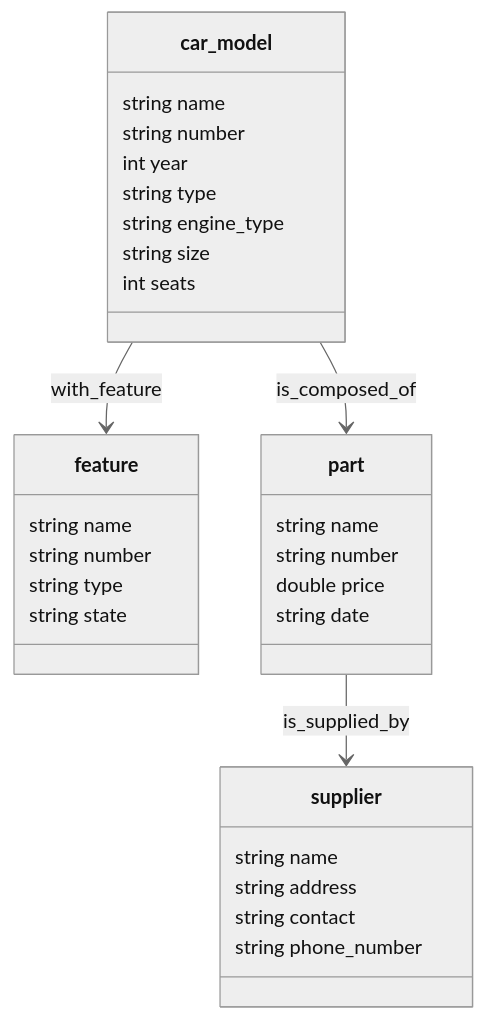
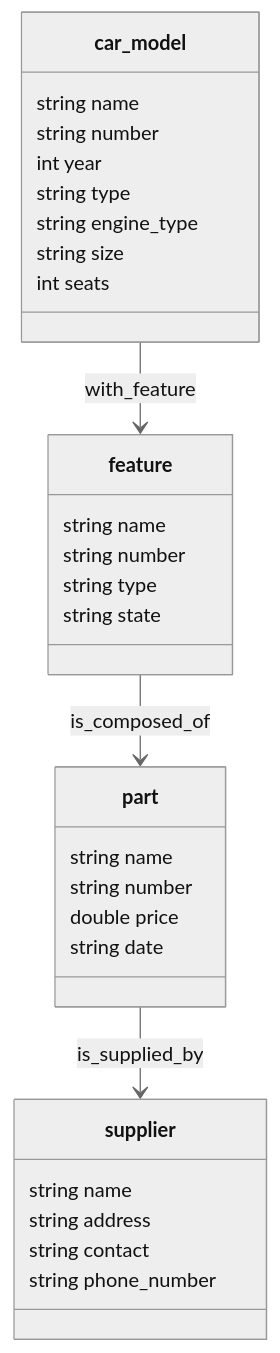
One commit to wey-gu/supplychain-dataset-gen changed the second of 2 diagrams in README.md. Above: the diagram before and after it, drawn with Mermaid (neutral theme). The commit also changed other lines of this file and 1 other file, not shown here.

Commit message:
fix: wrong edge fixed

````diff
--- a/README.md
+++ b/README.md
@@ -57,34 +57,34 @@
 ```mermaid
 classDiagram
     class car_model {
         string name
         string number
         int year
         string type
         string engine_type
         string size
         int seats
     }
     class feature {
         string name
         string number
         string type
         string state
     }
     class part {
         string name
         string number
         double price
         string date
     }
     class supplier {
         string name
         string address
         string contact
         string phone_number
     }
 
     car_model --> feature : with_feature
-    car_model --> part : is_composed_of
+    feature --> part : is_composed_of
     part --> supplier : is_supplied_by
 ```
````
